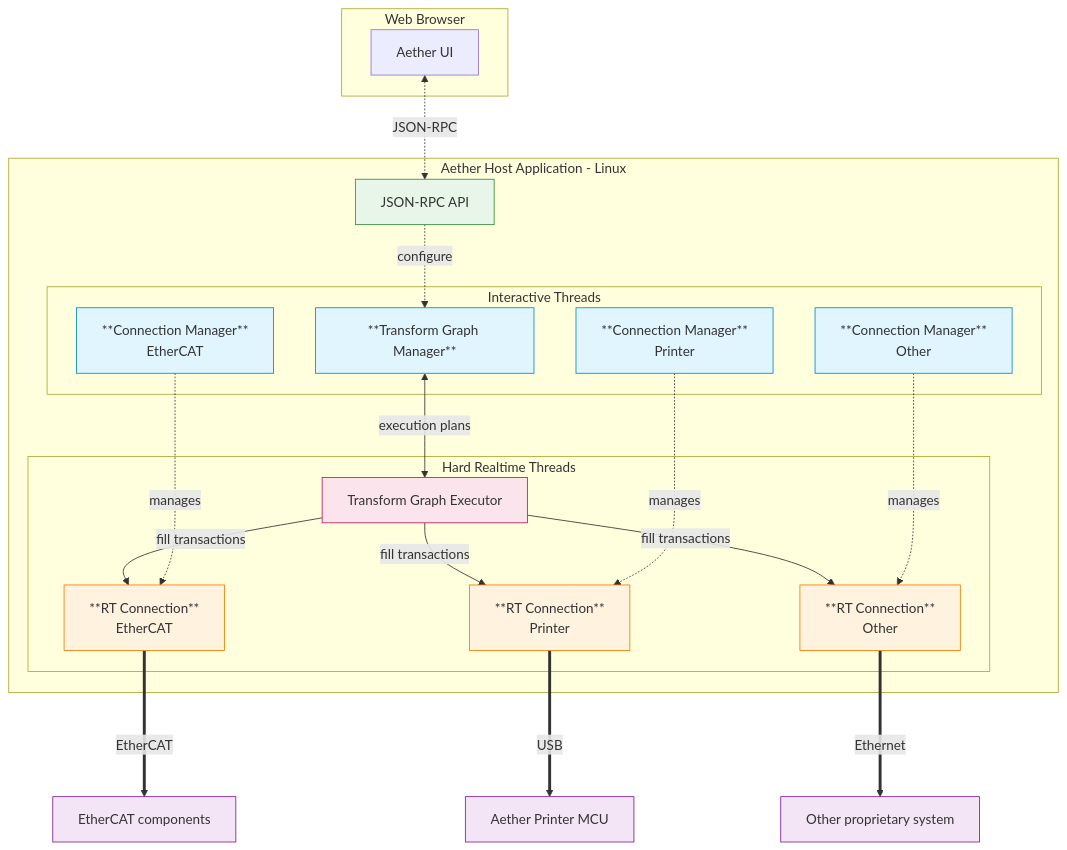
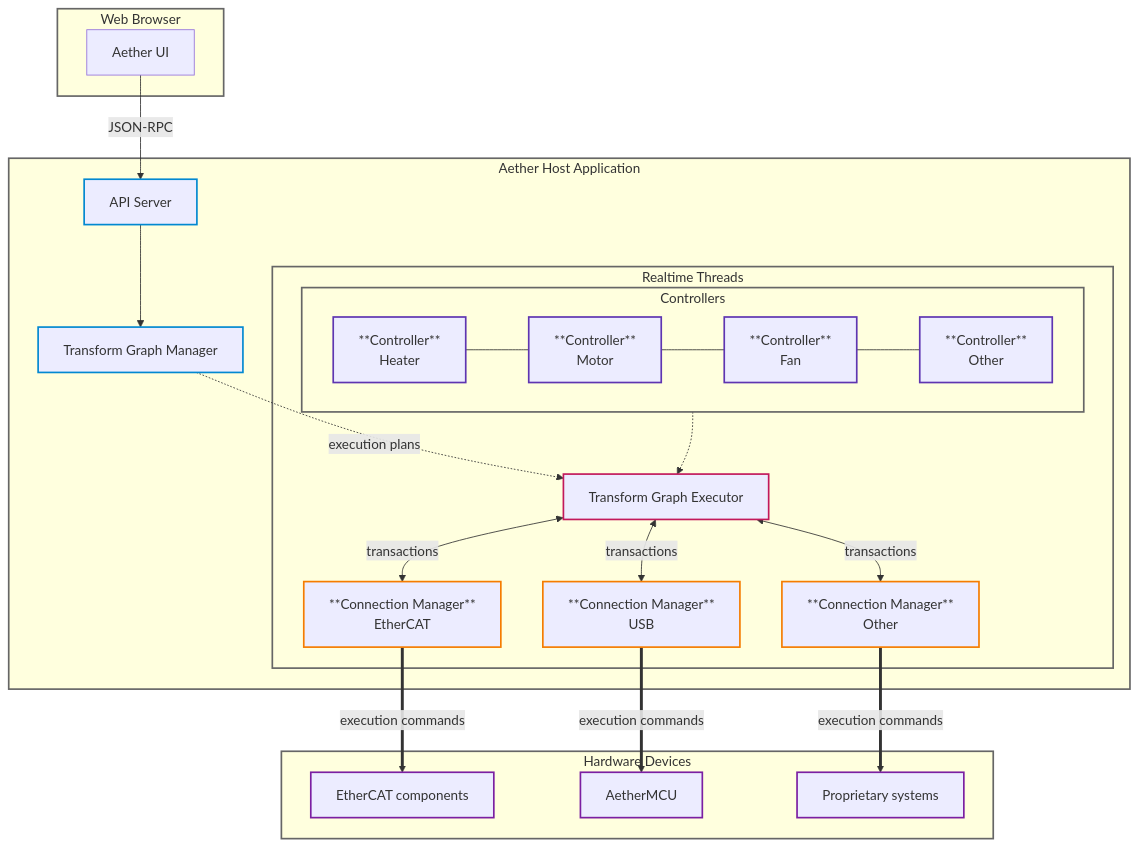
One commit to AetherWareFoundation/AetherWareFoundation.github.io changed the diagram in content/docs/lib/index.mdx. Above: the diagram before and after it, drawn with Mermaid. The commit also changed 1 other file, not shown here.

Commit message:
improve diagram

````diff
--- a/content/docs/lib/index.mdx
+++ b/content/docs/lib/index.mdx
@@ -92,52 +92,59 @@
 ```mermaid
 flowchart TD
   subgraph browser [Web Browser]
     UI[Aether UI]
   end
-
-  subgraph host [Aether Host Application - Linux]
-    API[JSON-RPC API]
+  
+  subgraph host [Aether Host Application]
+    API[API Server]
+    TGM[Transform Graph Manager]
     
-    subgraph interactive [Interactive Threads]
-      TGM[**Transform Graph Manager**]
-      COMM_MGR1[**Connection Manager**<br/>EtherCAT]
-      COMM_MGR2[**Connection Manager**<br/>Printer]
-      COMM_MGRN[**Connection Manager**<br/>Other]
-    end
-
-    subgraph realtime [Hard Realtime Threads]
+    subgraph realtime [Realtime Threads]
+      subgraph controllers [Controllers]
+        CTRL1[**Controller**<br/>Heater] 
+          --- CTRL2[**Controller**<br/>Motor] 
+          --- CTRL3[**Controller**<br/>Fan] 
+          --- CTRL4[**Controller**<br/>Other]
+      end
+      
       TGE[Transform Graph Executor]
-      COMM_RT1[**RT Connection**<br/>EtherCAT]
-      COMM_RT2[**RT Connection**<br/>Printer]
-      COMM_RTN[**RT Connection**<br/>Other]
+      
+      CONN1[**Connection Manager**<br/>EtherCAT]
+      CONN2[**Connection Manager**<br/>USB]
+      CONN3[**Connection Manager**<br/>Other]
     end
   end
+  
+  subgraph devices [Hardware Devices]
+    HW1[EtherCAT components]
+    HW2[AetherMCU]
+    HW3[Proprietary systems]
+  end
 
-  MCU1[EtherCAT components]
-  MCU2[Aether Printer MCU]
-  MCUN[Other proprietary system]
+  UI -->|JSON-RPC| API
+  API --> TGM
+  TGM -.->|execution plans| TGE
+  controllers -.-> TGE
+  
+  TGE <-->|transactions| CONN1
+  TGE <-->|transactions| CONN2
+  TGE <-->|transactions| CONN3
+  
+  CONN1 ==>|execution commands| HW1
+  CONN2 ==>|execution commands| HW2
+  CONN3 ==>|execution commands| HW3
 
-  UI <-.->|JSON-RPC| API
-  API -.->|configure| TGM
-  TGM <-->|execution plans| TGE
-  TGE -->|fill transactions| COMM_RT1
-  TGE -->|fill transactions| COMM_RT2
-  TGE -->|fill transactions| COMM_RTN
-  COMM_MGR1 -.->|manages| COMM_RT1
-  COMM_MGR2 -.->|manages| COMM_RT2
-  COMM_MGRN -.->|manages| COMM_RTN
-  COMM_RT1 ===>|EtherCAT| MCU1
-  COMM_RT2 ===>|USB| MCU2
-  COMM_RTN ===>|Ethernet| MCUN
-
-  classDef interactive fill:#e1f5ff,stroke:#0288d1
-  classDef realtime fill:#fff3e0,stroke:#f57c00
-  classDef executor fill:#fce4ec,stroke:#c2185b
-  classDef hardware fill:#f3e5f5,stroke:#7b1fa2
-  classDef api fill:#e8f5e9,stroke:#388e3c
-  class TGM,COMM_MGR1,COMM_MGR2,COMM_MGRN interactive
+  classDef interactive stroke:#0288d1,stroke-width:2px
+  classDef cyclic stroke:#f57c00,stroke-width:2px
+  classDef executor stroke:#c2185b,stroke-width:2px
+  classDef controller stroke:#5e35b1,stroke-width:2px
+  classDef hardware stroke:#7b1fa2,stroke-width:2px
+  classDef container stroke:#666,stroke-width:2px
+  
+  class API,TGM interactive
   class TGE executor
-  class COMM_RT1,COMM_RT2,COMM_RTN realtime
-  class MCU1,MCU2,MCUN hardware
-  class API api
+  class CTRL1,CTRL2,CTRL3,CTRL4 controller
+  class CONN1,CONN2,CONN3 cyclic
+  class HW1,HW2,HW3 hardware
+  class browser,host,realtime,devices,controllers container
 ```
````
